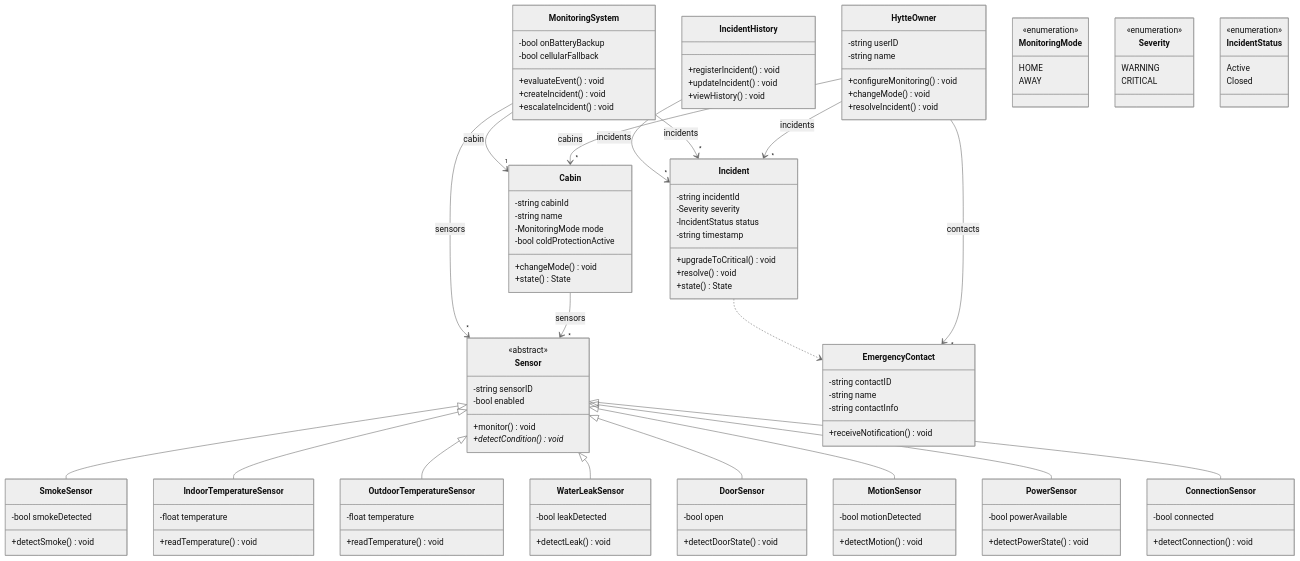
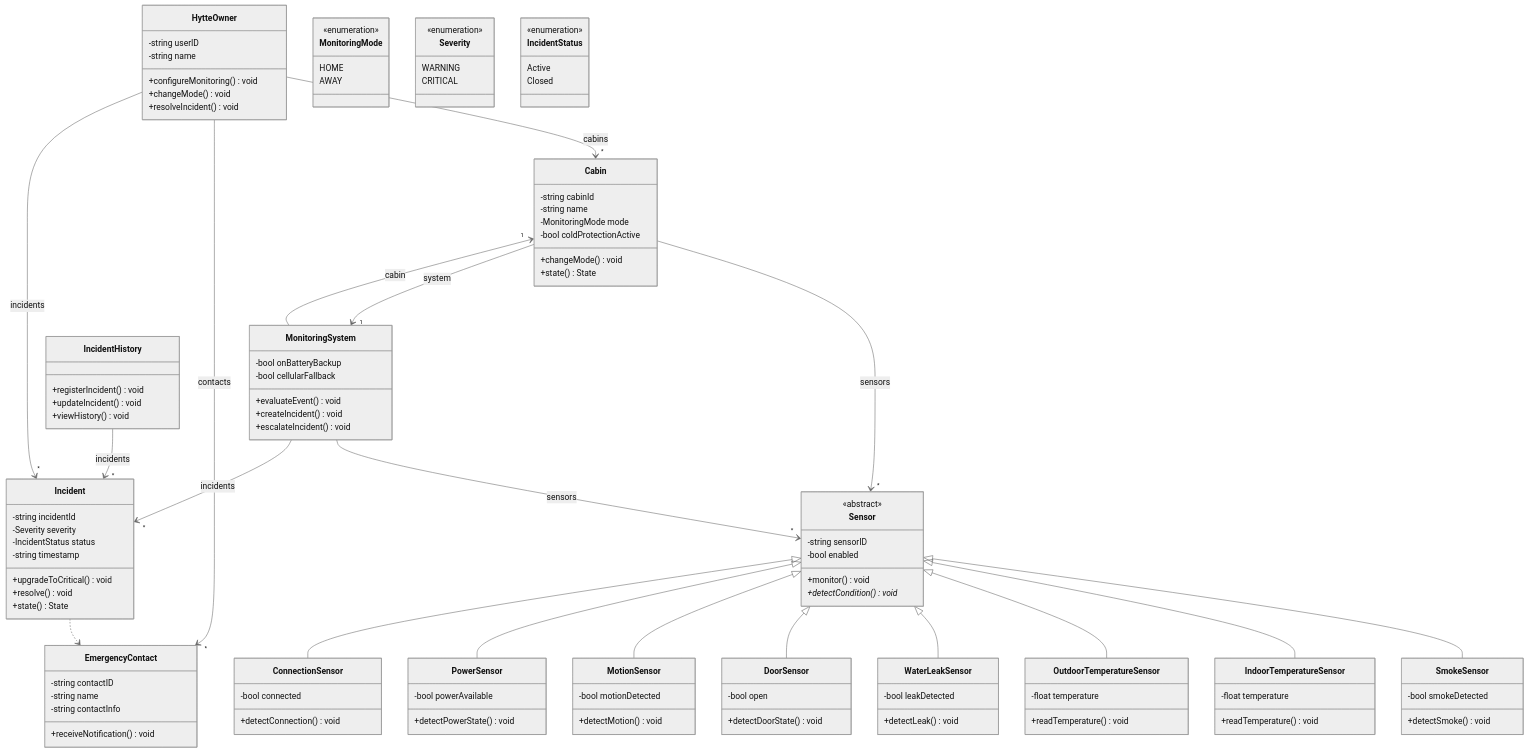
Before and after one commit to hytte-monitoring/hytte-monitoring.github.io: the diagram in project/diagrams/conversion/class.mmd, drawn with Mermaid (neutral theme). The commit also changed 10 other files, not shown here.

Commit message:
Add Cabin to MonitoringSystem association

```diff
--- a/project/diagrams/conversion/class.mmd
+++ b/project/diagrams/conversion/class.mmd
@@ -1,136 +1,137 @@
 %% Source for diagrams/input/class.drawio, converted from model/class-diagram/class-diagram.drawio.
 %% Same classes, attributes and methods as the team's diagram; see README.md for every change.
 classDiagram
     direction TB
 
     class HytteOwner {
         -string userID
         -string name
         +configureMonitoring() void
         +changeMode() void
         +resolveIncident() void
     }
 
     class Cabin {
         -string cabinId
         -string name
         -MonitoringMode mode
         -bool coldProtectionActive
         +changeMode() void
         +state() State
     }
 
     class MonitoringSystem {
         -bool onBatteryBackup
         -bool cellularFallback
         +evaluateEvent() void
         +createIncident() void
         +escalateIncident() void
     }
 
     class Sensor {
         <<abstract>>
         -string sensorID
         -bool enabled
         +monitor() void
         +detectCondition() void*
     }
 
     class SmokeSensor {
         -bool smokeDetected
         +detectSmoke() void
     }
 
     class IndoorTemperatureSensor {
         -float temperature
         +readTemperature() void
     }
 
     class OutdoorTemperatureSensor {
         -float temperature
         +readTemperature() void
     }
 
     class WaterLeakSensor {
         -bool leakDetected
         +detectLeak() void
     }
 
     class DoorSensor {
         -bool open
         +detectDoorState() void
     }
 
     class MotionSensor {
         -bool motionDetected
         +detectMotion() void
     }
 
     class PowerSensor {
         -bool powerAvailable
         +detectPowerState() void
     }
 
     class ConnectionSensor {
         -bool connected
         +detectConnection() void
     }
 
     class Incident {
         -string incidentId
         -Severity severity
         -IncidentStatus status
         -string timestamp
         +upgradeToCritical() void
         +resolve() void
         +state() State
     }
 
     class IncidentHistory {
         +registerIncident() void
         +updateIncident() void
         +viewHistory() void
     }
 
     class EmergencyContact {
         -string contactID
         -string name
         -string contactInfo
         +receiveNotification() void
     }
 
     class MonitoringMode {
         <<enumeration>>
         HOME
         AWAY
     }
 
     class Severity {
         <<enumeration>>
         WARNING
         CRITICAL
     }
 
     class IncidentStatus {
         <<enumeration>>
         Active
         Closed
     }
 
     Sensor <|-- SmokeSensor
     Sensor <|-- IndoorTemperatureSensor
     Sensor <|-- OutdoorTemperatureSensor
     Sensor <|-- WaterLeakSensor
     Sensor <|-- DoorSensor
     Sensor <|-- MotionSensor
     Sensor <|-- PowerSensor
     Sensor <|-- ConnectionSensor
     HytteOwner --> "*" Cabin : cabins
     HytteOwner --> "*" EmergencyContact : contacts
     HytteOwner --> "*" Incident : incidents
     Cabin --> "*" Sensor : sensors
+    Cabin --> "1" MonitoringSystem : system
     MonitoringSystem --> "1" Cabin : cabin
     MonitoringSystem --> "*" Sensor : sensors
     MonitoringSystem --> "*" Incident : incidents
     IncidentHistory --> "*" Incident : incidents
     Incident ..> EmergencyContact
```
